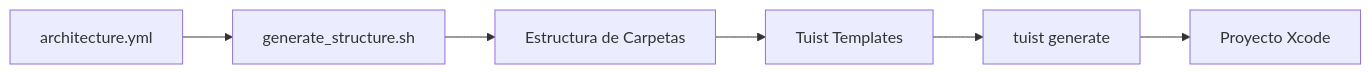
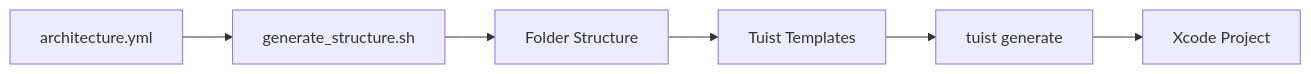
Before and after one commit to raysdl9012/Skeleton-SwiftUI-2025: the diagram in README.md, drawn with Mermaid. The commit also changed other lines of this file, not shown here.

````diff
--- a/README.md
+++ b/README.md
@@ -301,8 +301,8 @@
 ```mermaid
 graph LR
     A[architecture.yml] --> B[generate_structure.sh]
-    B --> C[Estructura de Carpetas]
+    B --> C[Folder Structure]
     C --> D[Tuist Templates]
     D --> E[tuist generate]
-    E --> F[Proyecto Xcode]
+    E --> F[Xcode Project]
 ```
````
